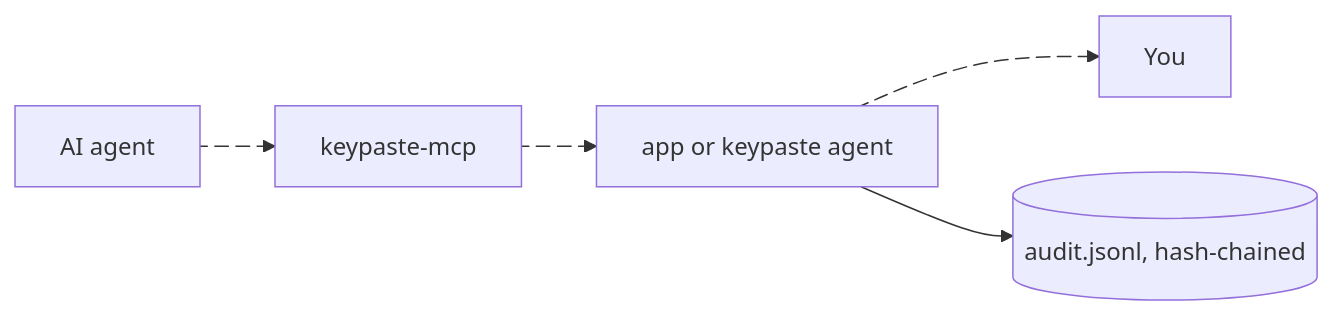
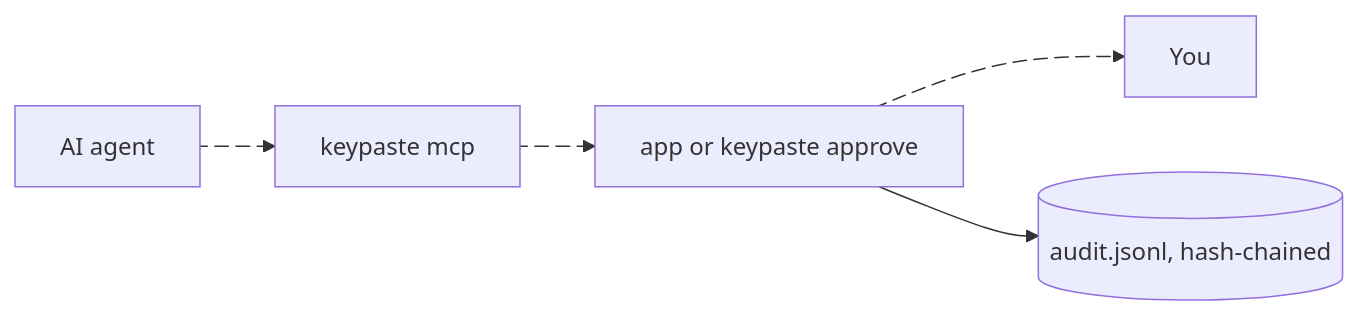
One commit to notinferred/keypaste changed the second of 2 diagrams in site/web/src/content/docs/products/agent-approvals.mdx. Above: the diagram before and after it, drawn with Mermaid. The commit also changed other lines of this file and 39 other files, not shown here.

````diff
--- a/site/web/src/content/docs/products/agent-approvals.mdx
+++ b/site/web/src/content/docs/products/agent-approvals.mdx
@@ -29,10 +31,10 @@
 ```mermaid
 flowchart LR
-  agent["AI agent"] e1@--> bridge["keypaste-mcp"]
-  bridge e2@--> owner["app or keypaste agent"]
+  agent["AI agent"] e1@--> bridge["keypaste mcp"]
+  bridge e2@--> owner["app or keypaste approve"]
   owner e3@--> you["You"]
   owner --> log[("audit.jsonl, hash-chained")]
   e1@{ animate: true }
   e2@{ animate: true }
   e3@{ animate: true }
 ```
````
